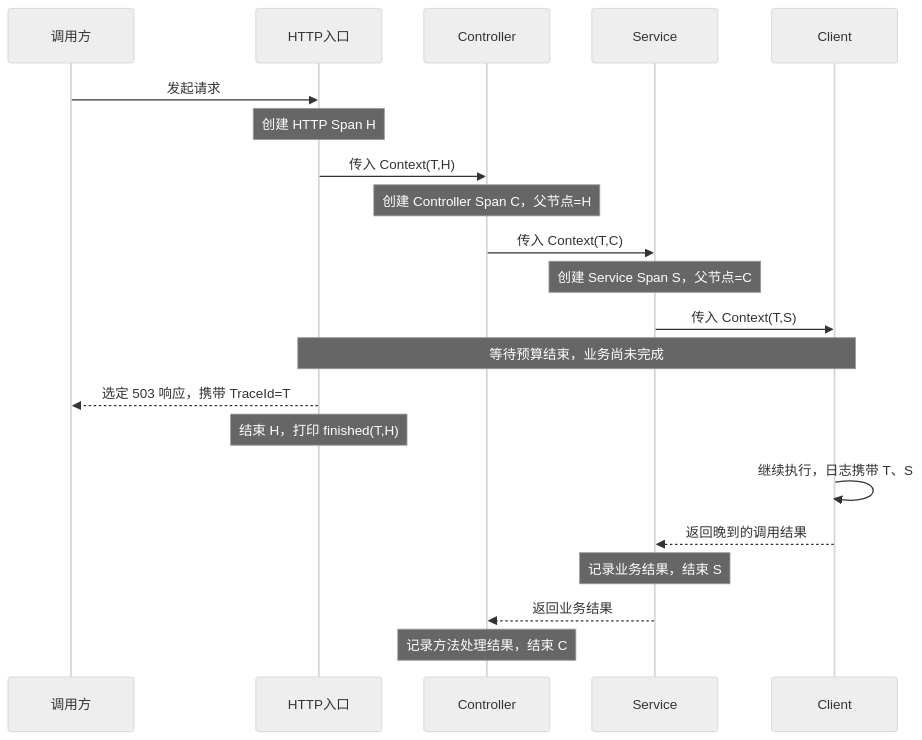
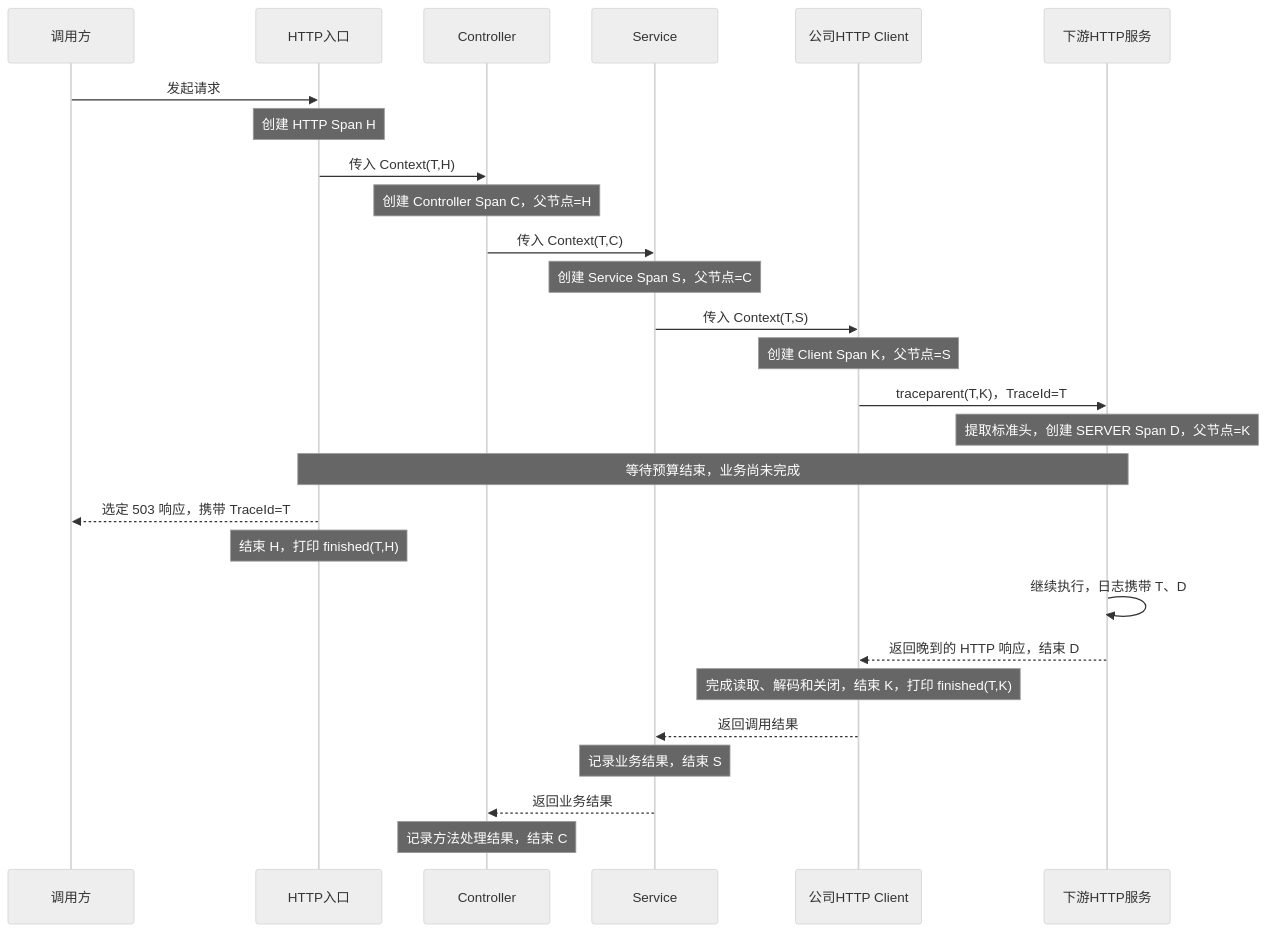
One commit to icecream154/go-service-template changed the second of 2 diagrams in specifications/application/application-log.md. Above: the diagram before and after it, drawn with Mermaid (neutral theme). The commit also changed other lines of this file and 7 other files, not shown here.

Commit message:
feat: add client span

````diff
--- a/specifications/application/application-log.md
+++ b/specifications/application/application-log.md
@@ -430,23 +440,29 @@
 ```mermaid
 sequenceDiagram
     participant U as 调用方
     participant H as HTTP入口
     participant C as Controller
     participant S as Service
-    participant B as Client
+    participant K as 公司HTTP Client
+    participant D as 下游HTTP服务
     U->>H: 发起请求
     Note over H: 创建 HTTP Span H
     H->>C: 传入 Context(T,H)
     Note over C: 创建 Controller Span C，父节点=H
     C->>S: 传入 Context(T,C)
     Note over S: 创建 Service Span S，父节点=C
-    S->>B: 传入 Context(T,S)
-    Note over H,B: 等待预算结束，业务尚未完成
+    S->>K: 传入 Context(T,S)
+    Note over K: 创建 Client Span K，父节点=S
+    K->>D: traceparent(T,K)，TraceId=T
+    Note over D: 提取标准头，创建 SERVER Span D，父节点=K
+    Note over H,D: 等待预算结束，业务尚未完成
     H-->>U: 选定 503 响应，携带 TraceId=T
     Note over H: 结束 H，打印 finished(T,H)
-    B->>B: 继续执行，日志携带 T、S
-    B-->>S: 返回晚到的调用结果
+    D->>D: 继续执行，日志携带 T、D
+    D-->>K: 返回晚到的 HTTP 响应，结束 D
+    Note over K: 完成读取、解码和关闭，结束 K，打印 finished(T,K)
+    K-->>S: 返回调用结果
     Note over S: 记录业务结果，结束 S
     S-->>C: 返回业务结果
     Note over C: 记录方法处理结果，结束 C
 ```
````
